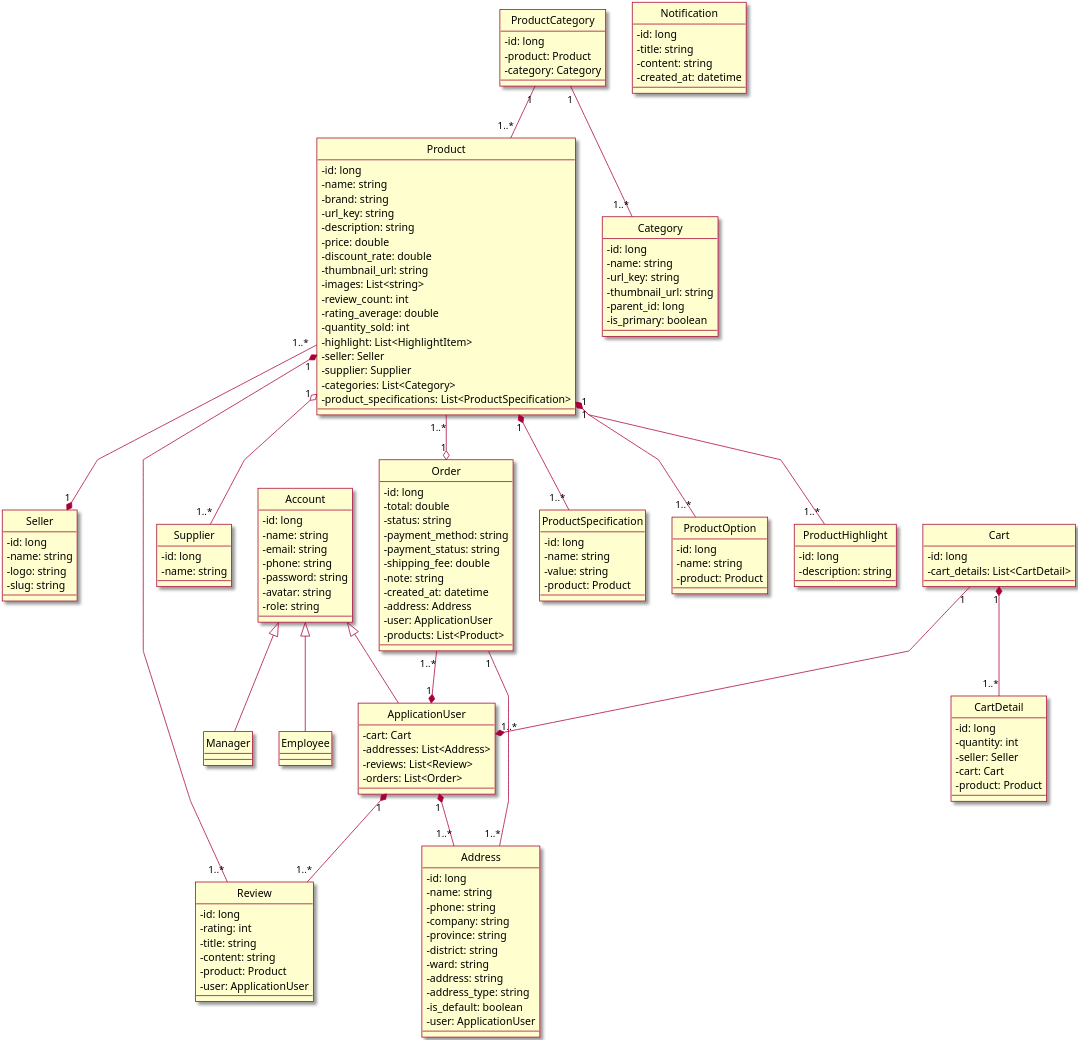
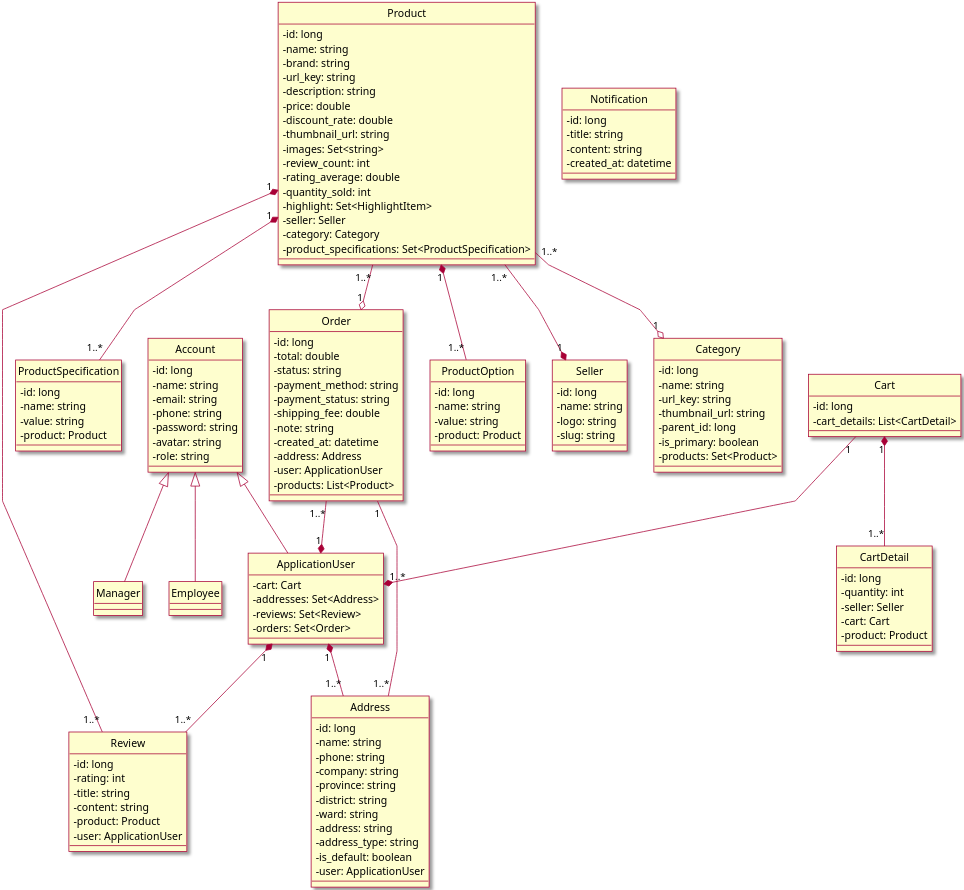
One commit to Marowota/ecommerce-plantuml changed the diagram in Class/ClassDiagram.puml. Above: the diagram before and after it, drawn with PlantUML. The commit also changed 10 other files, not shown here.

Commit message:
Export diagram

```diff
--- a/Class/ClassDiagram.puml
+++ b/Class/ClassDiagram.puml
@@ -1,191 +1,174 @@
 @startuml Class Diagram
 
 skin rose
 skinparam classAttributeIconSize 0
 ' skinparam linetype ortho
 skinparam linetype polyline
 hide circle
 scale 3
 
 ' Product
 class Product{
     - id: long
     - name: string
     - brand: string
     - url_key: string
     - description: string
     - price: double
     - discount_rate: double
     - thumbnail_url: string
-    - images: List<string>
+    - images: Set<string>
     - review_count: int
     - rating_average: double
     - quantity_sold: int
-    - highlight: List<HighlightItem>
+    - highlight: Set<HighlightItem>
     - seller: Seller
-    - supplier: Supplier
-    - categories: List<Category>
-    - product_specifications: List<ProductSpecification>
+    - category: Category
+    - product_specifications: Set<ProductSpecification>
 }
 
-class Supplier{
-    - id: long
-    - name: string
-}
 
 class ProductSpecification{
     - id: long
     - name: string
     - value: string
     - product: Product
 }
 
 class ProductOption{
     - id: long
     - name: string
+    - value: string
     - product: Product
 }
 
-class ProductCategory{
-    - id: long
-    - product: Product
-    - category: Category
-}
-
-class ProductHighlight{
-    - id: long
-    - description: string
-}
 
 class Seller{
     - id: long
     - name: string
     - logo: string
     - slug: string
 }
 
 ' Category
 class Category{
     - id: long
     - name: string
     - url_key: string
     - thumbnail_url: string
     - parent_id: long
     - is_primary: boolean
+    - products: Set<Product>
 }
 
 ' Review
 class Review{
     - id: long
     - rating: int
     - title: string
     - content: string
     - product: Product
     - user: ApplicationUser
 }
 
 ' User
 class ApplicationUser{
     
     - cart: Cart
-    - addresses: List<Address>
-    - reviews: List<Review>
-    - orders: List<Order>
+    - addresses: Set<Address>
+    - reviews: Set<Review>
+    - orders: Set<Order>
 }
 
 
 class Account{
     - id: long
     - name: string
     - email: string
     - phone: string
     - password: string
     - avatar: string
     - role: string
 }
 
 class Manager{
     
 }
 
 class Employee{
     
 }
 
 class Address{
     - id: long
     - name: string
     - phone: string
     - company: string
     - province: string
     - district: string
     - ward: string
     - address: string
     - address_type: string
     - is_default: boolean
     - user: ApplicationUser
 }
 
 
 ' Cart
 class Cart{
     - id: long
     - cart_details: List<CartDetail>
 }
 
 class CartDetail{
     - id: long
     - quantity: int
     - seller: Seller
     - cart: Cart
     - product: Product
 }
 
 ' Order
 class Order{
     - id: long
     - total: double
     - status: string
     - payment_method: string
     - payment_status: string
     - shipping_fee: double
     - note: string
     - created_at: datetime
     - address: Address
     - user: ApplicationUser
     - products: List<Product>
 }
 
 ' Notification
 class Notification{
     - id: long
     - title: string
     - content: string
     - created_at: datetime
 }
 
 Product "1" *-- "1..*" ProductSpecification
-Product "1" *-- "1..*" ProductOption
 Product "1..* "--* "1" Seller
-Product "1" o-- "1..*" Supplier
 Product "1" *-- "1..*" Review
 Product "1..*" --o "1" Order
-Product "1" *-- "1..*" ProductHighlight
-
-ProductCategory "1" -- "1..*" Product
-ProductCategory "1" -- "1..*" Category
+Product "1" *-- "1..*" ProductOption
+Product "1..*" --o "1" Category
 
 ApplicationUser "1" *-- "1..*" Address
 ApplicationUser "1" *-- "1..*" Review
 
 Cart "1" --* "1..*" ApplicationUser
 Cart "1" *-- "1..*" CartDetail
 
 Order "1..*" --* "1" ApplicationUser
 Order "1" -- "1..*" Address
 
 Account <|-- ApplicationUser
 Account <|-- Manager
 Account <|-- Employee
 
 @enduml
```
